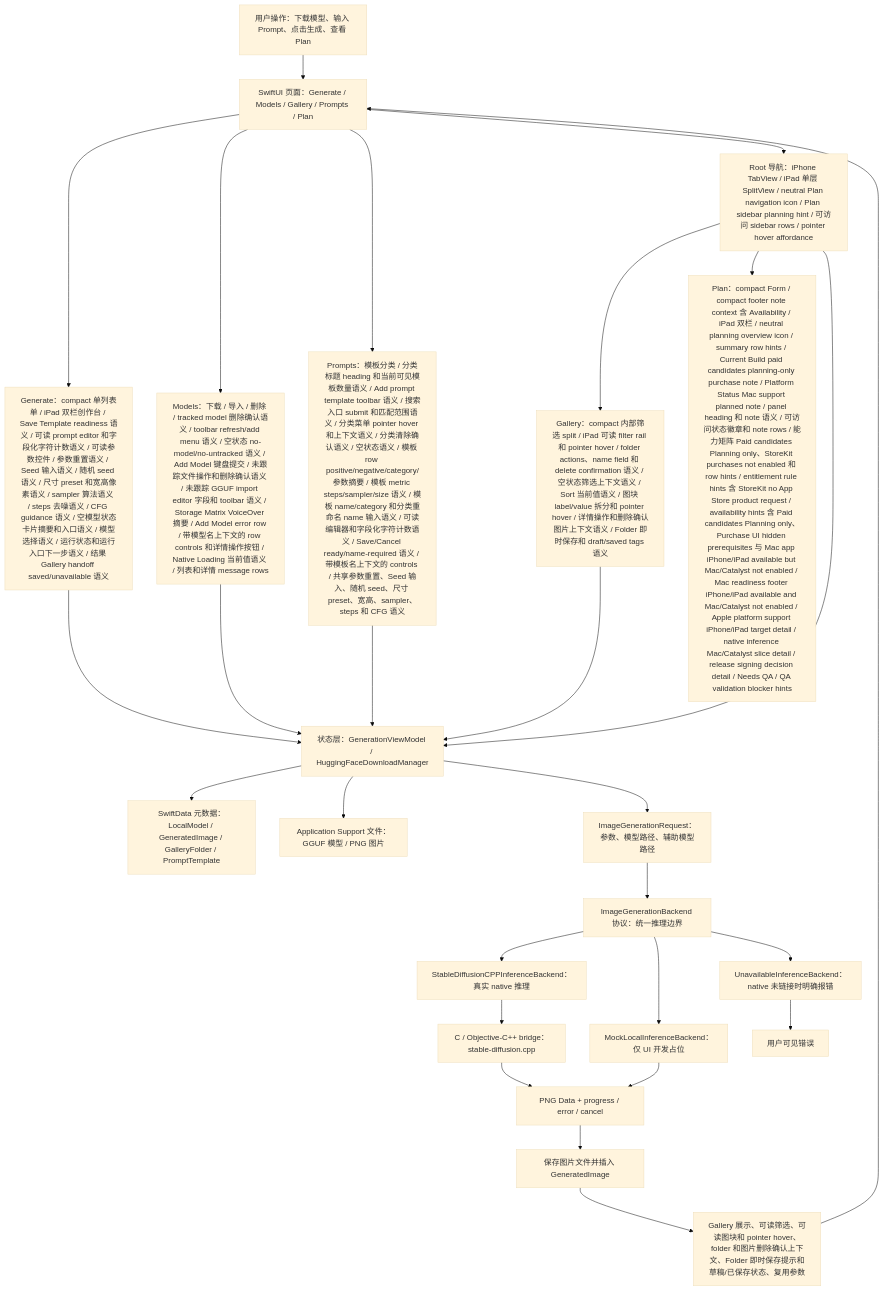
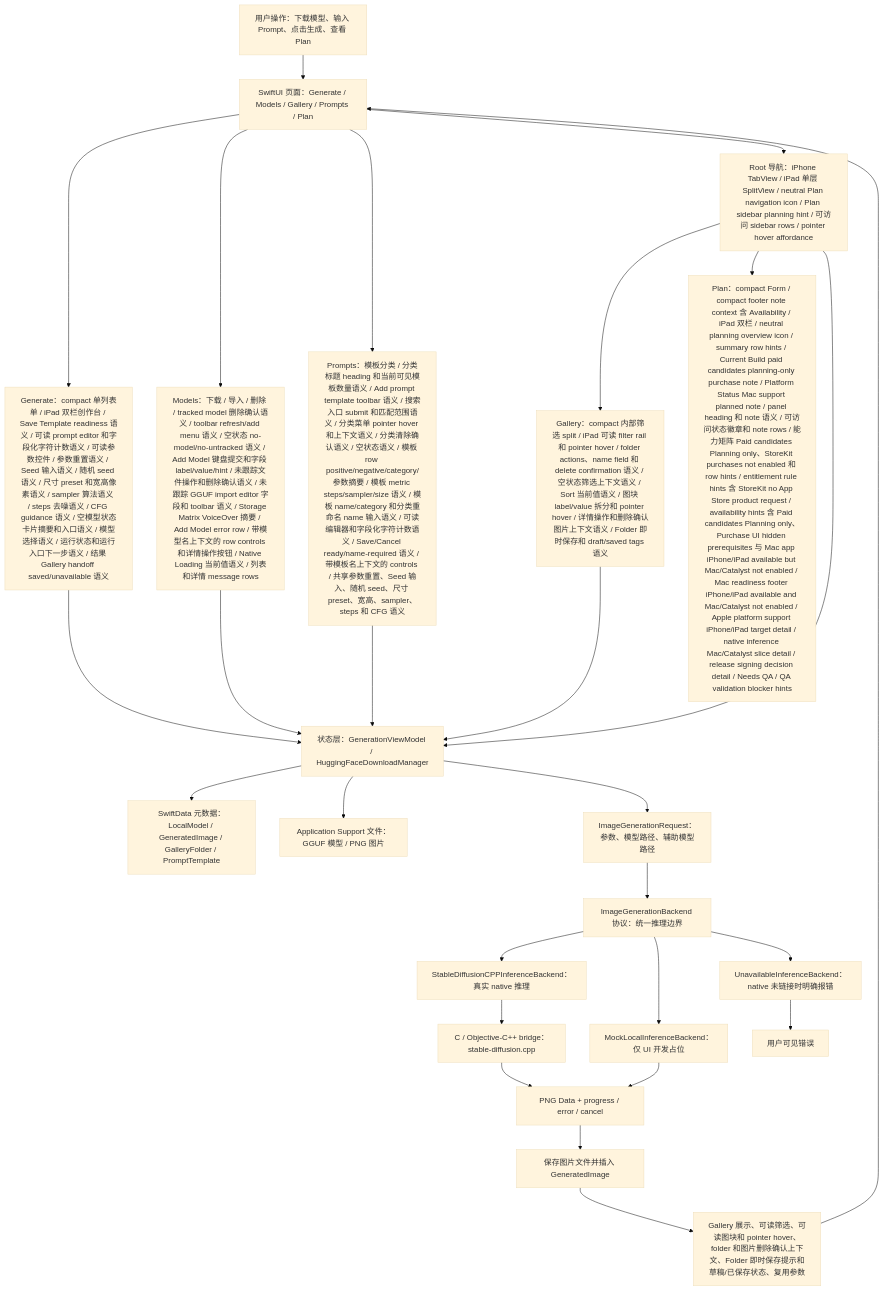
The first of 7 diagrams in md/flow/flowchart.md (Altman-sam114/118), drawn with Mermaid (base theme) before and after one commit. The commit also changed other lines of this file and 5 other files, not shown here.

````diff
--- a/md/flow/flowchart.md
+++ b/md/flow/flowchart.md
@@ -9,29 +9,29 @@
 ```mermaid
 flowchart TD
   U["用户操作：下载模型、输入 Prompt、点击生成、查看 Plan"] --> UI["SwiftUI 页面：Generate / Models / Gallery / Prompts / Plan"]
   UI --> GENUI["Generate：compact 单列表单 / iPad 双栏创作台 / Save Template readiness 语义 / 可读 prompt editor 和字段化字符计数语义 / 可读参数控件 / 参数重置语义 / Seed 输入语义 / 随机 seed 语义 / 尺寸 preset 和宽高像素语义 / sampler 算法语义 / steps 去噪语义 / CFG guidance 语义 / 空模型状态卡片摘要和入口语义 / 模型选择语义 / 运行状态和运行入口下一步语义 / 结果 Gallery handoff saved/unavailable 语义"]
-  UI --> MODELUI["Models：下载 / 导入 / 删除 / tracked model 删除确认语义 / toolbar refresh/add menu 语义 / 空状态 no-model/no-untracked 语义 / Add Model 键盘提交 / 未跟踪文件操作和删除确认语义 / 未跟踪 GGUF import editor 字段和 toolbar 语义 / Storage Matrix VoiceOver 摘要 / Add Model error row / 带模型名上下文的 row controls 和详情操作按钮 / Native Loading 当前值语义 / 列表和详情 message rows"]
+  UI --> MODELUI["Models：下载 / 导入 / 删除 / tracked model 删除确认语义 / toolbar refresh/add menu 语义 / 空状态 no-model/no-untracked 语义 / Add Model 键盘提交和字段 label/value/hint / 未跟踪文件操作和删除确认语义 / 未跟踪 GGUF import editor 字段和 toolbar 语义 / Storage Matrix VoiceOver 摘要 / Add Model error row / 带模型名上下文的 row controls 和详情操作按钮 / Native Loading 当前值语义 / 列表和详情 message rows"]
   UI --> PROMPTUI["Prompts：模板分类 / 分类标题 heading 和当前可见模板数量语义 / Add prompt template toolbar 语义 / 搜索入口 submit 和匹配范围语义 / 分类菜单 pointer hover 和上下文语义 / 分类清除确认语义 / 空状态语义 / 模板 row positive/negative/category/参数摘要 / 模板 metric steps/sampler/size 语义 / 模板 name/category 和分类重命名 name 输入语义 / 可读编辑器和字段化字符计数语义 / Save/Cancel ready/name-required 语义 / 带模板名上下文的 controls / 共享参数重置、Seed 输入、随机 seed、尺寸 preset、宽高、sampler、steps 和 CFG 语义"]
   UI --> NAV["Root 导航：iPhone TabView / iPad 单层 SplitView / neutral Plan navigation icon / Plan sidebar planning hint / 可访问 sidebar rows / pointer hover affordance"]
   NAV --> GALUI["Gallery：compact 内部筛选 split / iPad 可读 filter rail 和 pointer hover / folder actions、name field 和 delete confirmation 语义 / 空状态筛选上下文语义 / Sort 当前值语义 / 图块 label/value 拆分和 pointer hover / 详情操作和删除确认图片上下文语义 / Folder 即时保存和 draft/saved tags 语义"]
   NAV --> PLANUI["Plan：compact Form / compact footer note context 含 Availability / iPad 双栏 / neutral planning overview icon / summary row hints / Current Build paid candidates planning-only purchase note / Platform Status Mac support planned note / panel heading 和 note 语义 / 可访问状态徽章和 note rows / 能力矩阵 Paid candidates Planning only、StoreKit purchases not enabled 和 row hints / entitlement rule hints 含 StoreKit no App Store product request / availability hints 含 Paid candidates Planning only、Purchase UI hidden prerequisites 与 Mac app iPhone/iPad available but Mac/Catalyst not enabled / Mac readiness footer iPhone/iPad available and Mac/Catalyst not enabled / Apple platform support iPhone/iPad target detail / native inference Mac/Catalyst slice detail / release signing decision detail / Needs QA / QA validation blocker hints"]
   NAV --> VM["状态层：GenerationViewModel / HuggingFaceDownloadManager"]
   GENUI --> VM
   MODELUI --> VM
   PROMPTUI --> VM
   GALUI --> VM
   VM --> SD["SwiftData 元数据：LocalModel / GeneratedImage / GalleryFolder / PromptTemplate"]
   VM --> FS["Application Support 文件：GGUF 模型 / PNG 图片"]
   VM --> REQ["ImageGenerationRequest：参数、模型路径、辅助模型路径"]
   REQ --> IFACE["ImageGenerationBackend 协议：统一推理边界"]
   IFACE --> NATIVE["StableDiffusionCPPInferenceBackend：真实 native 推理"]
   IFACE --> MOCK["MockLocalInferenceBackend：仅 UI 开发占位"]
   IFACE --> OFF["UnavailableInferenceBackend：native 未链接时明确报错"]
   NATIVE --> BRIDGE["C / Objective-C++ bridge：stable-diffusion.cpp"]
   BRIDGE --> PNG["PNG Data + progress / error / cancel"]
   MOCK --> PNG
   OFF --> ERR["用户可见错误"]
   PNG --> SAVE["保存图片文件并插入 GeneratedImage"]
   SAVE --> GALLERY["Gallery 展示、可读筛选、可读图块和 pointer hover、folder 和图片删除确认上下文、Folder 即时保存提示和草稿/已保存状态、复用参数"]
   GALLERY --> UI
 ```
````
